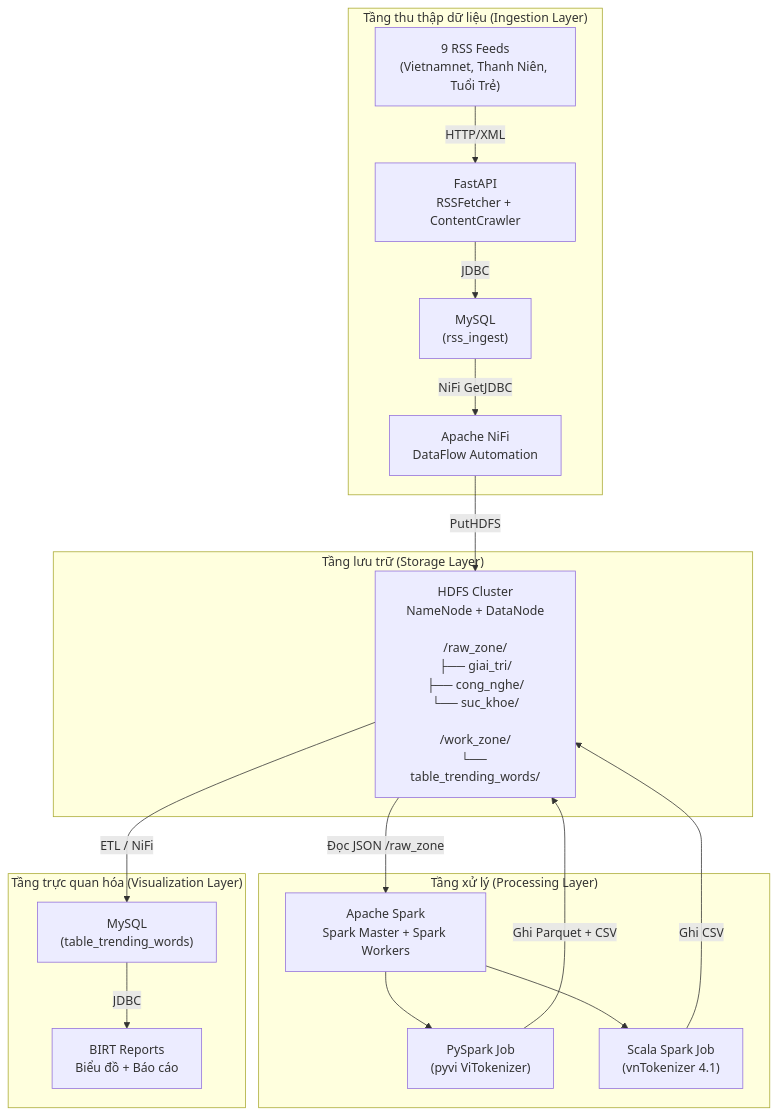
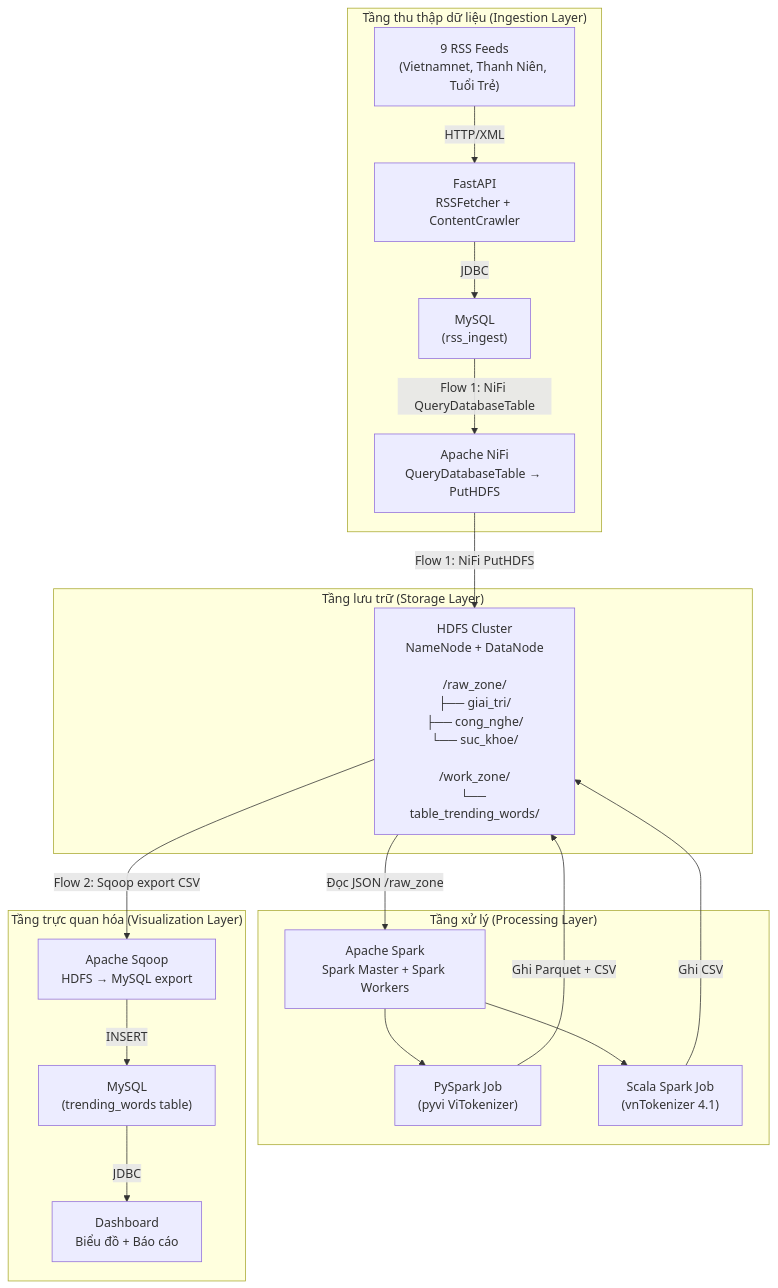
One commit to khaphan-github/big-data-platforms-via-hadoop changed the first of 3 diagrams in docs/kiến-trúc-hệ-thống.md. Above: the diagram before and after it, drawn with Mermaid. The commit also changed other lines of this file and 8 other files, not shown here.

Commit message:
feat: implement Sqoop container for HDFS-to-MySQL data export and refactor Spark job to support offloaded migration.

````diff
--- a/docs/kiến-trúc-hệ-thống.md
+++ b/docs/kiến-trúc-hệ-thống.md
@@ -43,36 +43,38 @@
 ```mermaid
 flowchart TB
     subgraph "Tầng thu thập dữ liệu (Ingestion Layer)"
         RSS["9 RSS Feeds<br/>(Vietnamnet, Thanh Niên, Tuổi Trẻ)"]
         API["FastAPI<br/>RSSFetcher + ContentCrawler"]
         MYSQL_INGEST["MySQL<br/>(rss_ingest)"]
-        NIFI["Apache NiFi<br/>DataFlow Automation"]
+        NIFI["Apache NiFi<br/>QueryDatabaseTable → PutHDFS"]
     end
 
     subgraph "Tầng lưu trữ (Storage Layer)"
         HDFS["HDFS Cluster<br/>NameNode + DataNode<br/><br/>/raw_zone/<br/>├── giai_tri/<br/>├── cong_nghe/<br/>└── suc_khoe/<br/><br/>/work_zone/<br/>└── table_trending_words/"]
     end
 
     subgraph "Tầng xử lý (Processing Layer)"
         SPARK["Apache Spark<br/>Spark Master + Spark Workers"]
         PYSPARK["PySpark Job<br/>(pyvi ViTokenizer)"]
         SCALA_SPARK["Scala Spark Job<br/>(vnTokenizer 4.1)"]
     end
 
     subgraph "Tầng trực quan hóa (Visualization Layer)"
-        MYSQL_SERVE["MySQL<br/>(table_trending_words)"]
-        BIRT["BIRT Reports<br/>Biểu đồ + Báo cáo"]
+        SQOOP["Apache Sqoop<br/>HDFS → MySQL export"]
+        MYSQL_SERVE["MySQL<br/>(trending_words table)"]
+        BIRT["Dashboard<br/>Biểu đồ + Báo cáo"]
     end
 
     RSS -->|"HTTP/XML"| API
     API -->|"JDBC"| MYSQL_INGEST
-    MYSQL_INGEST -->|"NiFi GetJDBC"| NIFI
-    NIFI -->|"PutHDFS"| HDFS
+    MYSQL_INGEST -->|"Flow 1: NiFi QueryDatabaseTable"| NIFI
+    NIFI -->|"Flow 1: NiFi PutHDFS"| HDFS
     HDFS -->|"Đọc JSON /raw_zone"| SPARK
     SPARK --> PYSPARK
     SPARK --> SCALA_SPARK
     PYSPARK -->|"Ghi Parquet + CSV"| HDFS
     SCALA_SPARK -->|"Ghi CSV"| HDFS
-    HDFS -->|"ETL / NiFi"| MYSQL_SERVE
+    HDFS -->|"Flow 2: Sqoop export CSV"| SQOOP
+    SQOOP -->|"INSERT"| MYSQL_SERVE
     MYSQL_SERVE -->|"JDBC"| BIRT
 ```
````
